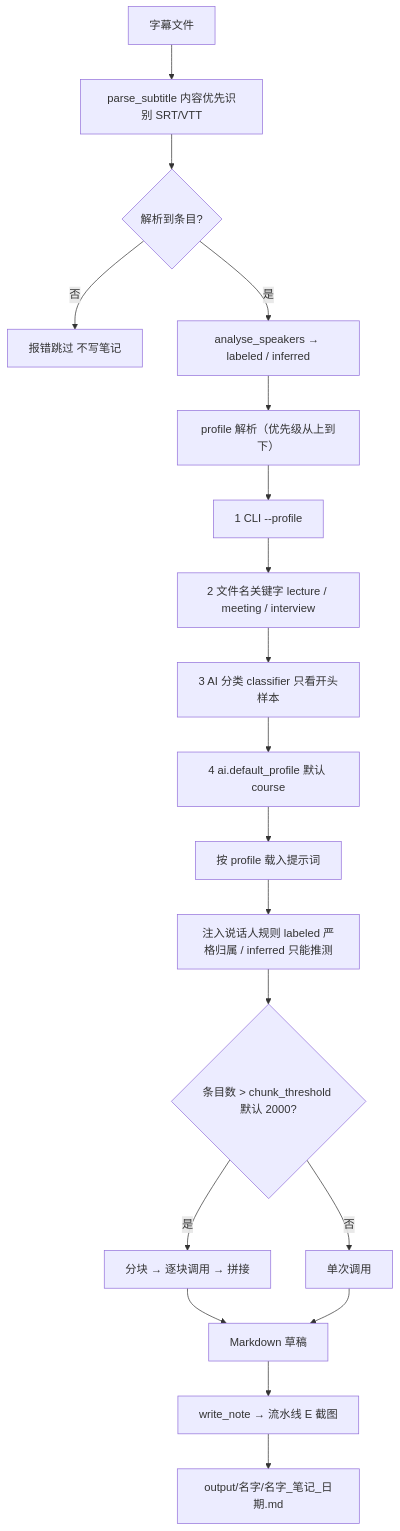
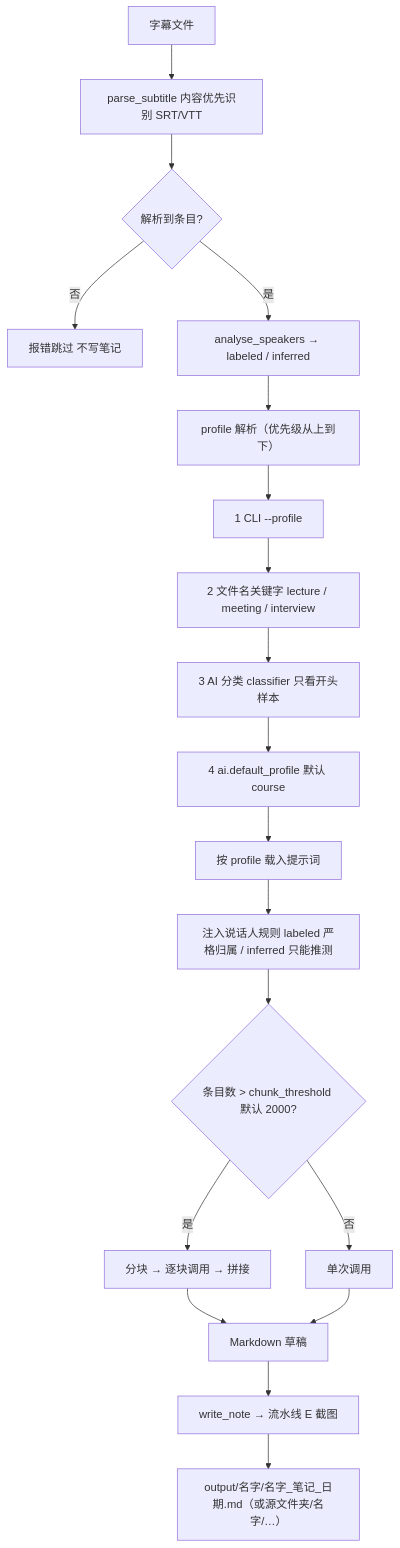
One commit to XianruLi/subtitle-notes changed the fourth of 8 diagrams in doc/architecture.md. Above: the diagram before and after it, drawn with Mermaid. The commit also changed other lines of this file and 6 other files, not shown here.

````diff
--- a/doc/architecture.md
+++ b/doc/architecture.md
@@ -115,24 +115,24 @@
 ```mermaid
 flowchart TD
     A["字幕文件"] --> B["parse_subtitle 内容优先识别 SRT/VTT"]
     B --> C{"解析到条目?"}
     C -->|"否"| X["报错跳过 不写笔记"]
     C -->|"是"| D["analyse_speakers → labeled / inferred"]
 
     D --> E["profile 解析（优先级从上到下）"]
     E --> E1["1 CLI --profile"]
     E1 --> E2["2 文件名关键字 lecture / meeting / interview"]
     E2 --> E3["3 AI 分类 classifier 只看开头样本"]
     E3 --> E4["4 ai.default_profile 默认 course"]
 
     E4 --> F["按 profile 载入提示词"]
     F --> F2["注入说话人规则 labeled 严格归属 / inferred 只能推测"]
     F2 --> G{"条目数 > chunk_threshold 默认 2000?"}
     G -->|"是"| H["分块 → 逐块调用 → 拼接"]
     G -->|"否"| I["单次调用"]
     H --> J["Markdown 草稿"]
     I --> J
 
     J --> K["write_note → 流水线 E 截图"]
-    K --> L["output/名字/名字_笔记_日期.md"]
+    K --> L["output/名字/名字_笔记_日期.md（或源文件夹/名字/…）"]
 ```
````
